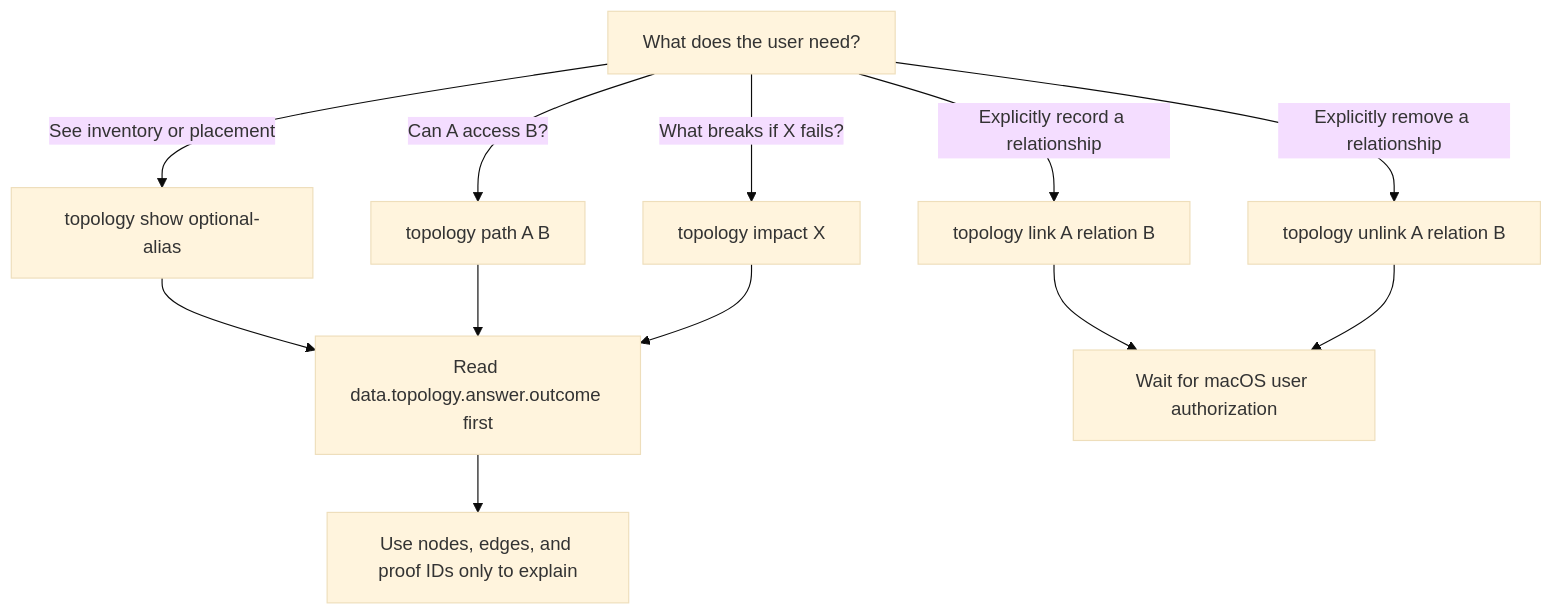
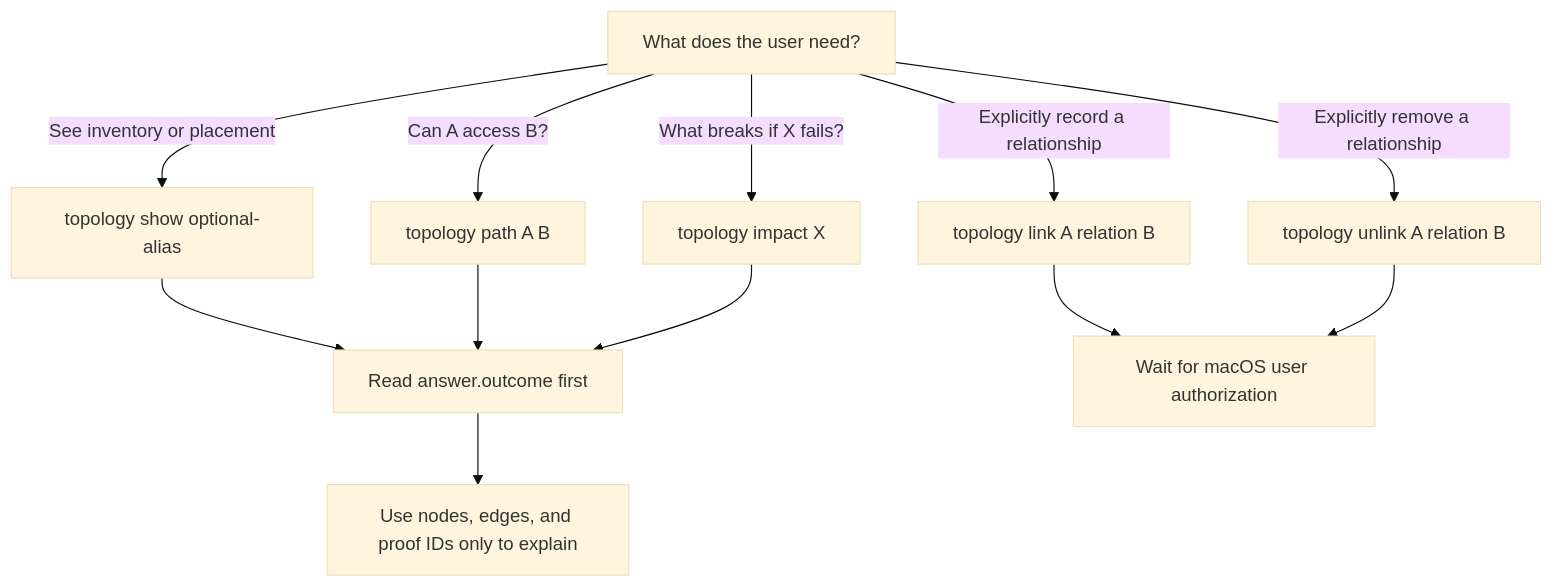
The second of 2 diagrams in docs/topology.md (juju-w/safa), drawn with Mermaid (base theme) before and after one commit. The commit also changed other lines of this file and 33 other files, not shown here.

````diff
--- a/docs/topology.md
+++ b/docs/topology.md
@@ -50,14 +50,14 @@
 ```mermaid
 flowchart TD
     Q[What does the user need?] -->|See inventory or placement| S[topology show optional-alias]
     Q -->|Can A access B?| P[topology path A B]
     Q -->|What breaks if X fails?| I[topology impact X]
     Q -->|Explicitly record a relationship| L[topology link A relation B]
     Q -->|Explicitly remove a relationship| U[topology unlink A relation B]
-    S --> A1[Read data.topology.answer.outcome first]
+    S --> A1[Read answer.outcome first]
     P --> A1
     I --> A1
     L --> H[Wait for macOS user authorization]
     U --> H
     A1 --> E[Use nodes, edges, and proof IDs only to explain]
 ```
````
